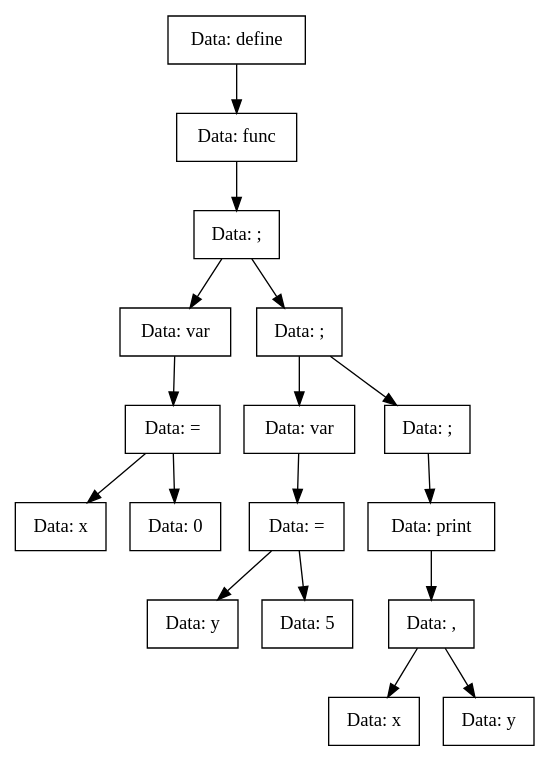
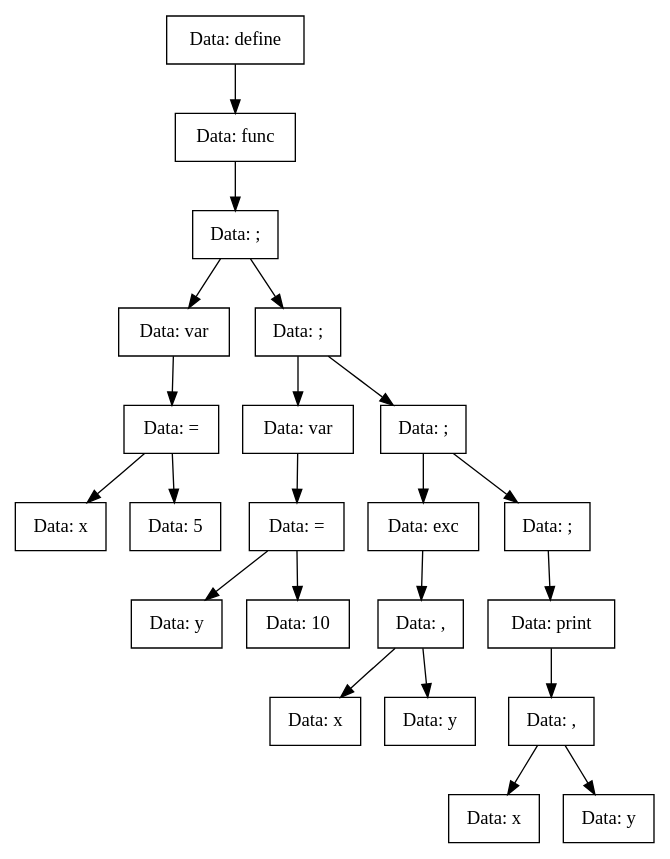
The diagram in TreeDump/func.dot (vorontsov-amd/Compiller), drawn with Graphviz before and after one commit. The commit also changed 38 other files, not shown here.

```diff
--- a/TreeDump/func.dot
+++ b/TreeDump/func.dot
@@ -1,35 +1,45 @@
 digraph func{
-Node0x5645b422ac00[shape="record", label="Data: define"];
-Node0x5645b422aca0[shape="record", label="Data: func"];
-Node0x5645b422ac50[shape="record", label="Data: ;"];
-Node0x5645b422aa20[shape="record", label="Data: var"];
-Node0x5645b422aa70[shape="record", label="Data: ="];
-Node0x5645b422ab10[shape="record", label="Data: x"];
-Node0x5645b422aa70->Node0x5645b422ab10;
-Node0x5645b422aac0[shape="record", label="Data: 0"];
-Node0x5645b422aa70->Node0x5645b422aac0;
-Node0x5645b422aa20->Node0x5645b422aa70;
-Node0x5645b422ac50->Node0x5645b422aa20;
-Node0x5645b422a930[shape="record", label="Data: ;"];
-Node0x5645b422ae30[shape="record", label="Data: var"];
-Node0x5645b422ad90[shape="record", label="Data: ="];
-Node0x5645b422ad40[shape="record", label="Data: y"];
-Node0x5645b422ad90->Node0x5645b422ad40;
-Node0x5645b422acf0[shape="record", label="Data: 5"];
-Node0x5645b422ad90->Node0x5645b422acf0;
-Node0x5645b422ae30->Node0x5645b422ad90;
-Node0x5645b422a930->Node0x5645b422ae30;
-Node0x5645b422ab60[shape="record", label="Data: ;"];
-Node0x5645b422a9d0[shape="record", label="Data: print"];
-Node0x5645b422a980[shape="record", label="Data: ,"];
-Node0x5645b422ade0[shape="record", label="Data: x"];
-Node0x5645b422a980->Node0x5645b422ade0;
-Node0x5645b422abb0[shape="record", label="Data: y"];
-Node0x5645b422a980->Node0x5645b422abb0;
-Node0x5645b422a9d0->Node0x5645b422a980;
-Node0x5645b422ab60->Node0x5645b422a9d0;
-Node0x5645b422a930->Node0x5645b422ab60;
-Node0x5645b422ac50->Node0x5645b422a930;
-Node0x5645b422aca0->Node0x5645b422ac50;
-Node0x5645b422ac00->Node0x5645b422aca0;
+Node0x55b8aed017a0[shape="record", label="Data: define"];
+Node0x55b8aed01840[shape="record", label="Data: func"];
+Node0x55b8aed017f0[shape="record", label="Data: ;"];
+Node0x55b8aed015c0[shape="record", label="Data: var"];
+Node0x55b8aed01610[shape="record", label="Data: ="];
+Node0x55b8aed016b0[shape="record", label="Data: x"];
+Node0x55b8aed01610->Node0x55b8aed016b0;
+Node0x55b8aed01660[shape="record", label="Data: 5"];
+Node0x55b8aed01610->Node0x55b8aed01660;
+Node0x55b8aed015c0->Node0x55b8aed01610;
+Node0x55b8aed017f0->Node0x55b8aed015c0;
+Node0x55b8aed014d0[shape="record", label="Data: ;"];
+Node0x55b8aed01ac0[shape="record", label="Data: var"];
+Node0x55b8aed01a70[shape="record", label="Data: ="];
+Node0x55b8aed01a20[shape="record", label="Data: y"];
+Node0x55b8aed01a70->Node0x55b8aed01a20;
+Node0x55b8aed01890[shape="record", label="Data: 10"];
+Node0x55b8aed01a70->Node0x55b8aed01890;
+Node0x55b8aed01ac0->Node0x55b8aed01a70;
+Node0x55b8aed014d0->Node0x55b8aed01ac0;
+Node0x55b8aed01700[shape="record", label="Data: ;"];
+Node0x55b8aed01570[shape="record", label="Data: exc"];
+Node0x55b8aed01520[shape="record", label="Data: ,"];
+Node0x55b8aed01b60[shape="record", label="Data: x"];
+Node0x55b8aed01520->Node0x55b8aed01b60;
+Node0x55b8aed01750[shape="record", label="Data: y"];
+Node0x55b8aed01520->Node0x55b8aed01750;
+Node0x55b8aed01570->Node0x55b8aed01520;
+Node0x55b8aed01700->Node0x55b8aed01570;
+Node0x55b8aed01980[shape="record", label="Data: ;"];
+Node0x55b8aed019d0[shape="record", label="Data: print"];
+Node0x55b8aed01930[shape="record", label="Data: ,"];
+Node0x55b8aed018e0[shape="record", label="Data: x"];
+Node0x55b8aed01930->Node0x55b8aed018e0;
+Node0x55b8aed01b10[shape="record", label="Data: y"];
+Node0x55b8aed01930->Node0x55b8aed01b10;
+Node0x55b8aed019d0->Node0x55b8aed01930;
+Node0x55b8aed01980->Node0x55b8aed019d0;
+Node0x55b8aed01700->Node0x55b8aed01980;
+Node0x55b8aed014d0->Node0x55b8aed01700;
+Node0x55b8aed017f0->Node0x55b8aed014d0;
+Node0x55b8aed01840->Node0x55b8aed017f0;
+Node0x55b8aed017a0->Node0x55b8aed01840;
 }
```
